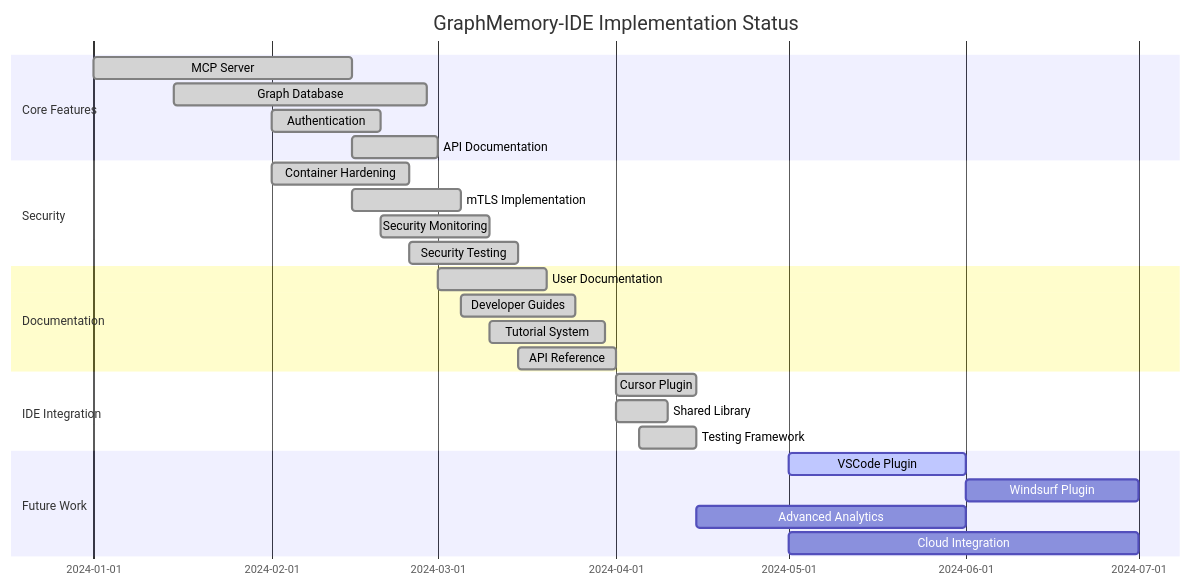
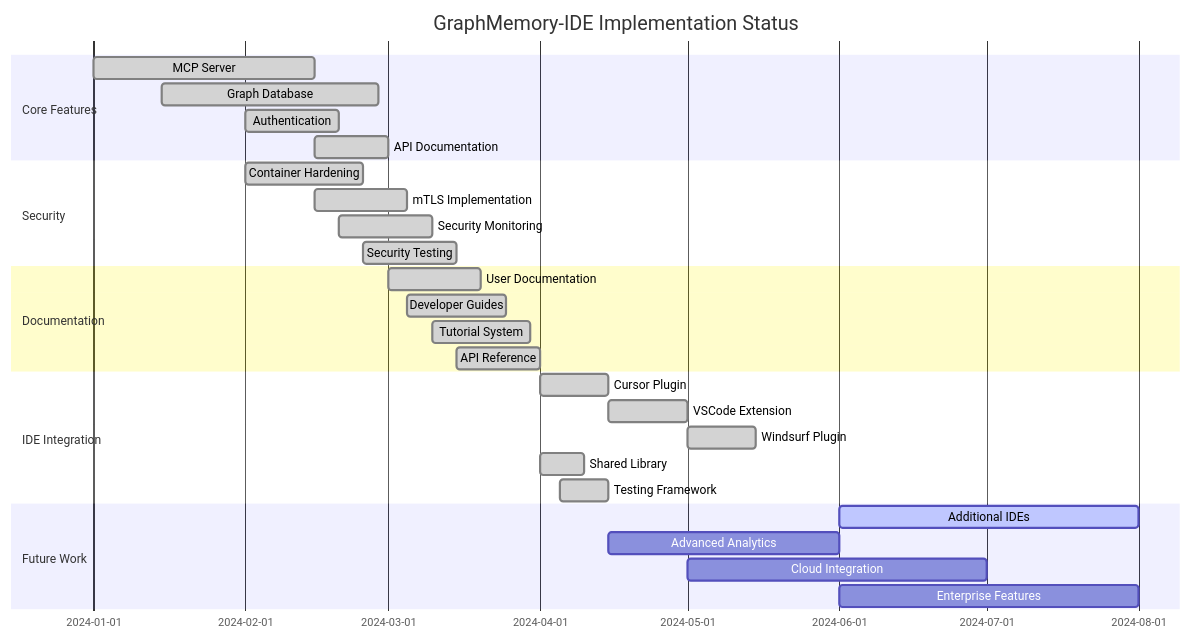
Diagram 17 of 18 in README.md (elementalcollision/GraphMemory-IDE), drawn with Mermaid before and after one commit. The commit also changed other lines of this file and 14 other files, not shown here.

````diff
--- a/README.md
+++ b/README.md
@@ -1010,33 +1067,35 @@
 ```mermaid
 gantt
     title GraphMemory-IDE Implementation Status
     dateFormat  YYYY-MM-DD
     section Core Features
     MCP Server           :done, core1, 2024-01-01, 2024-02-15
     Graph Database       :done, core2, 2024-01-15, 2024-02-28
     Authentication       :done, core3, 2024-02-01, 2024-02-20
     API Documentation    :done, core4, 2024-02-15, 2024-03-01
     
     section Security
     Container Hardening  :done, sec1, 2024-02-01, 2024-02-25
     mTLS Implementation  :done, sec2, 2024-02-15, 2024-03-05
     Security Monitoring  :done, sec3, 2024-02-20, 2024-03-10
     Security Testing     :done, sec4, 2024-02-25, 2024-03-15
     
     section Documentation
     User Documentation   :done, doc1, 2024-03-01, 2024-03-20
     Developer Guides     :done, doc2, 2024-03-05, 2024-03-25
     Tutorial System      :done, doc3, 2024-03-10, 2024-03-30
     API Reference        :done, doc4, 2024-03-15, 2024-04-01
     
     section IDE Integration
     Cursor Plugin        :done, ide1, 2024-04-01, 2024-04-15
-    Shared Library       :done, ide2, 2024-04-01, 2024-04-10
-    Testing Framework    :done, ide3, 2024-04-05, 2024-04-15
+    VSCode Extension     :done, ide2, 2024-04-15, 2024-05-01
+    Windsurf Plugin      :done, ide3, 2024-05-01, 2024-05-15
+    Shared Library       :done, ide4, 2024-04-01, 2024-04-10
+    Testing Framework    :done, ide5, 2024-04-05, 2024-04-15
     
     section Future Work
-    VSCode Plugin        :active, future1, 2024-05-01, 2024-06-01
-    Windsurf Plugin      :future2, 2024-06-01, 2024-07-01
-    Advanced Analytics   :future3, 2024-04-15, 2024-06-01
-    Cloud Integration    :future4, 2024-05-01, 2024-07-01
+    Additional IDEs      :active, future1, 2024-06-01, 2024-08-01
+    Advanced Analytics   :future2, 2024-04-15, 2024-06-01
+    Cloud Integration    :future3, 2024-05-01, 2024-07-01
+    Enterprise Features  :future4, 2024-06-01, 2024-08-01
 ```
````
